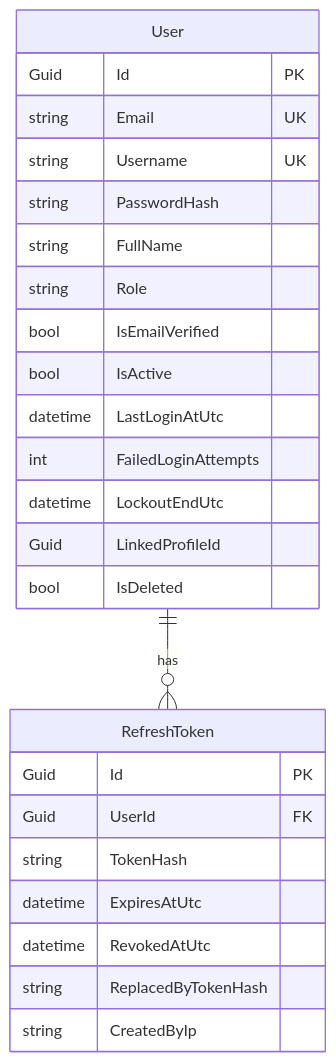
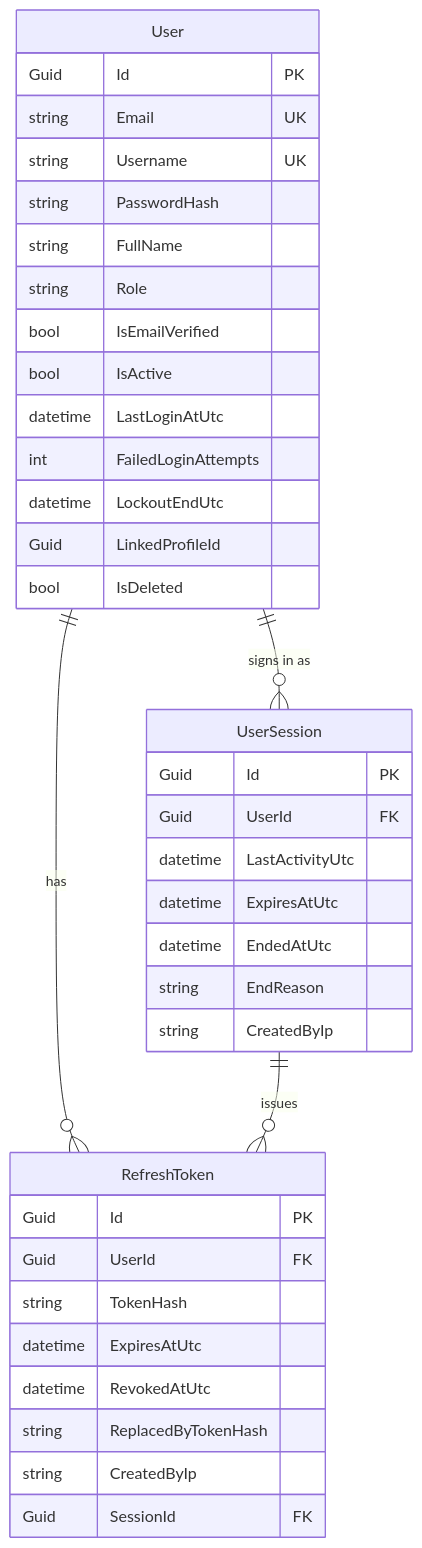
The sixth of 17 diagrams in ARCHITECTURE.md (ojas2005/GKMPS-School-portal), drawn with Mermaid before and after one commit. The commit also changed other lines of this file and 25 other files, not shown here.

````diff
--- a/ARCHITECTURE.md
+++ b/ARCHITECTURE.md
@@ -173,28 +175,40 @@
 ```mermaid
 erDiagram
   User ||--o{ RefreshToken : has
+  User ||--o{ UserSession : "signs in as"
+  UserSession ||--o{ RefreshToken : issues
   User {
     Guid Id PK
     string Email UK
     string Username UK
     string PasswordHash
     string FullName
     string Role
     bool IsEmailVerified
     bool IsActive
     datetime LastLoginAtUtc
     int FailedLoginAttempts
     datetime LockoutEndUtc
     Guid LinkedProfileId
     bool IsDeleted
   }
   RefreshToken {
     Guid Id PK
     Guid UserId FK
     string TokenHash
     datetime ExpiresAtUtc
     datetime RevokedAtUtc
     string ReplacedByTokenHash
     string CreatedByIp
+    Guid SessionId FK
+  }
+  UserSession {
+    Guid Id PK
+    Guid UserId FK
+    datetime LastActivityUtc
+    datetime ExpiresAtUtc
+    datetime EndedAtUtc
+    string EndReason
+    string CreatedByIp
   }
 ```
````
